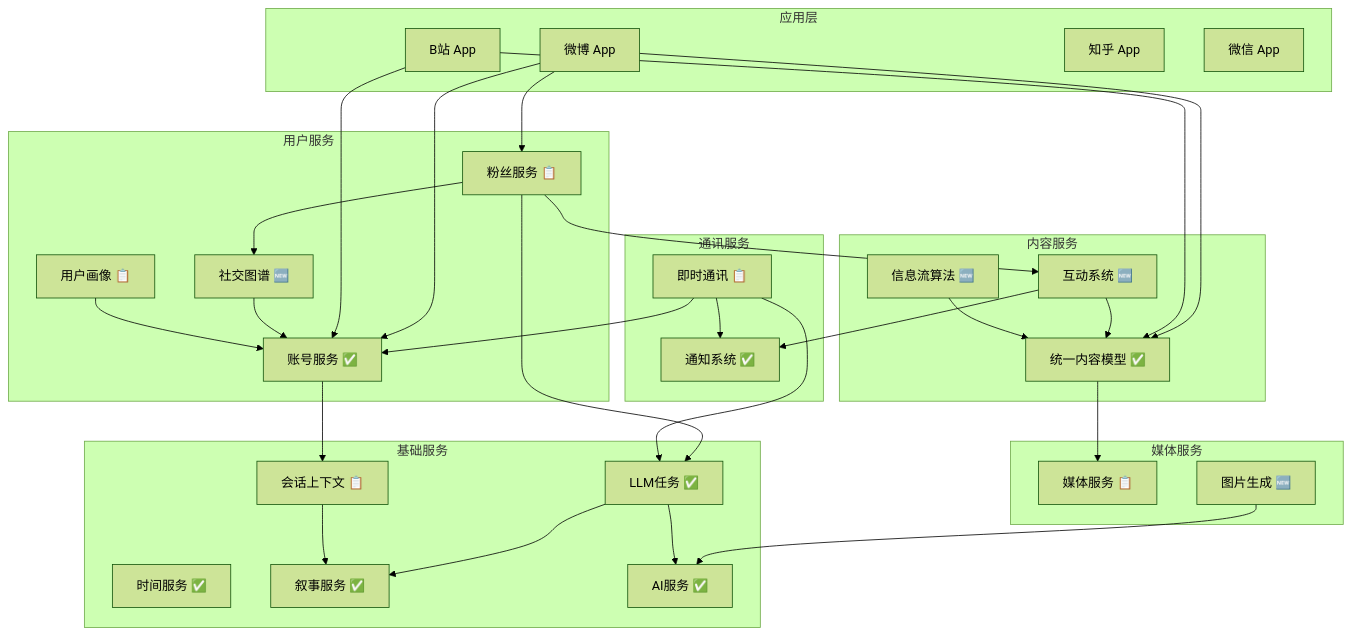
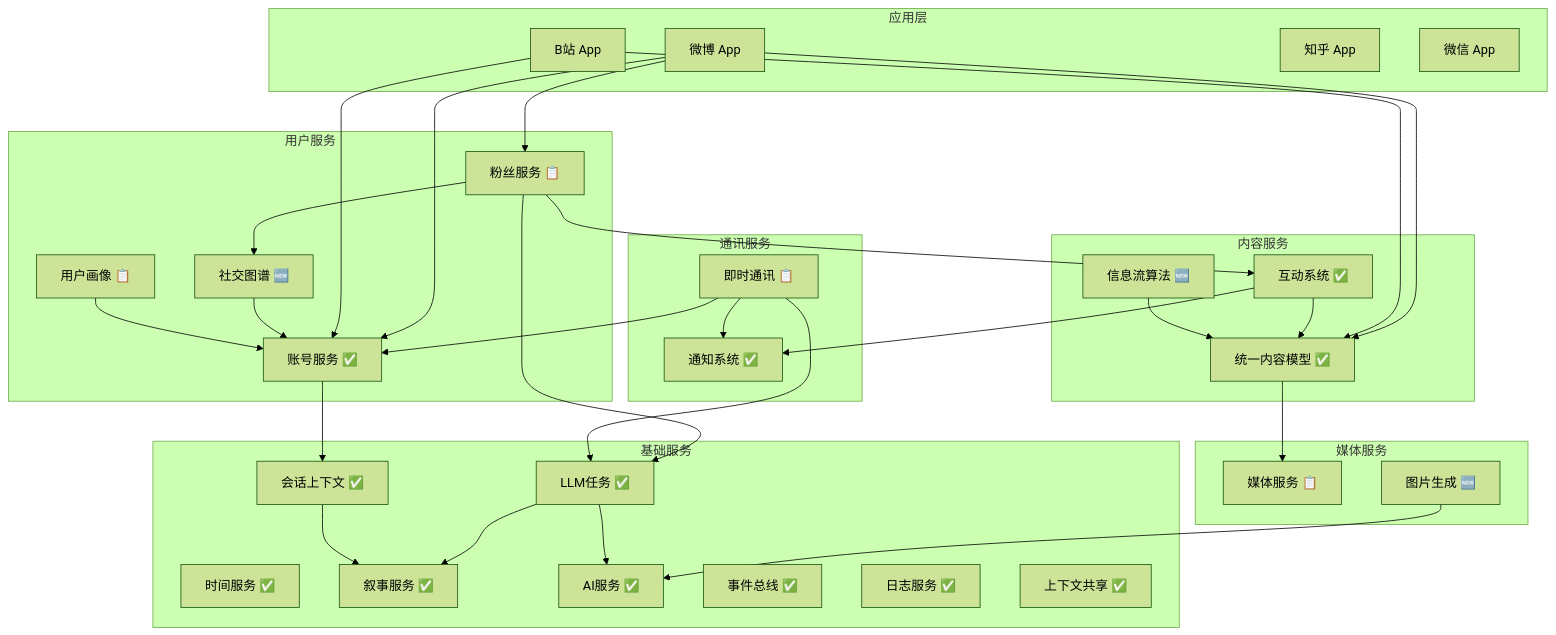
One commit to HerSophia/VirtuMirror changed the diagram in docs/systems/architecture/Service-for-social-media-platform.md. Above: the diagram before and after it, drawn with Mermaid (forest theme). The commit also changed other lines of this file and 120 other files, not shown here.

````diff
--- a/docs/systems/architecture/Service-for-social-media-platform.md
+++ b/docs/systems/architecture/Service-for-social-media-platform.md
@@ -524,70 +531,73 @@
 ```mermaid
 graph TD
     subgraph "应用层"
         Weibo[微博 App]
         Bilibili[B站 App]
         Zhihu[知乎 App]
         WeChat[微信 App]
     end
     
     subgraph "内容服务"
         ContentModel[统一内容模型 ✅]
-        Interaction[互动系统 🆕]
+        Interaction[互动系统 ✅]
         FeedAlgo[信息流算法 🆕]
     end
     
     subgraph "用户服务"
         Account[账号服务 ✅]
         SocialGraph[社交图谱 🆕]
         Profile[用户画像 📋]
         Fans[粉丝服务 📋]
     end
     
     subgraph "媒体服务"
         Media[媒体服务 📋]
         ImageGen[图片生成 🆕]
     end
     
     subgraph "通讯服务"
         IM[即时通讯 📋]
         Notification[通知系统 ✅]
     end
     
     subgraph "基础服务"
         Time[时间服务 ✅]
-        Session[会话上下文 📋]
+        Session[会话上下文 ✅]
         Narrative[叙事服务 ✅]
         LLMTask[LLM任务 ✅]
         AI[AI服务 ✅]
+        EventBus[事件总线 ✅]
+        Logger[日志服务 ✅]
+        ContextSharing[上下文共享 ✅]
     end
     
     %% 应用层依赖
     Weibo --> ContentModel
     Weibo --> Account
     Weibo --> Fans
     Bilibili --> ContentModel
     Bilibili --> Account
     
     %% 服务间依赖
     ContentModel --> Media
     Interaction --> ContentModel
     Interaction --> Notification
     FeedAlgo --> ContentModel
     
     Account --> Session
     SocialGraph --> Account
     Profile --> Account
     Fans --> SocialGraph
     Fans --> Interaction
     Fans --> LLMTask
     
     ImageGen --> AI
     
     IM --> Account
     IM --> Notification
     IM --> LLMTask
     
     LLMTask --> AI
     LLMTask --> Narrative
     Session --> Narrative
 ```
````
